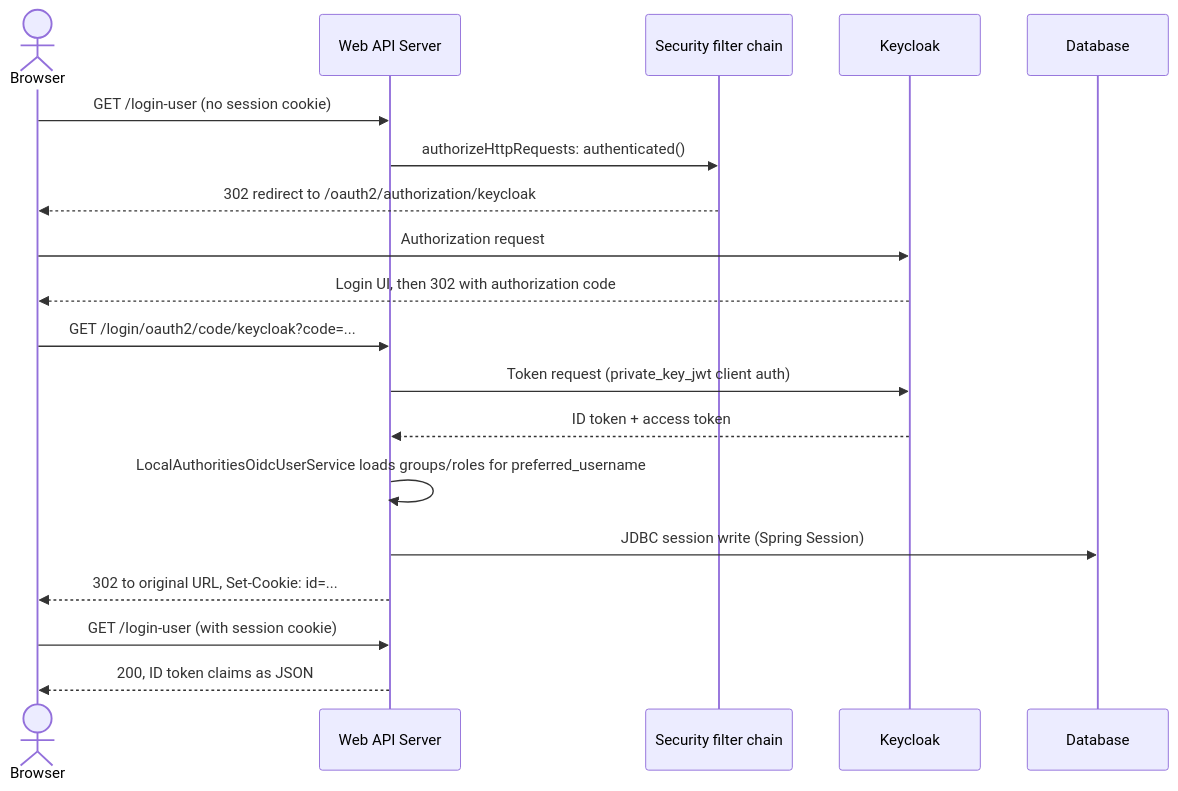
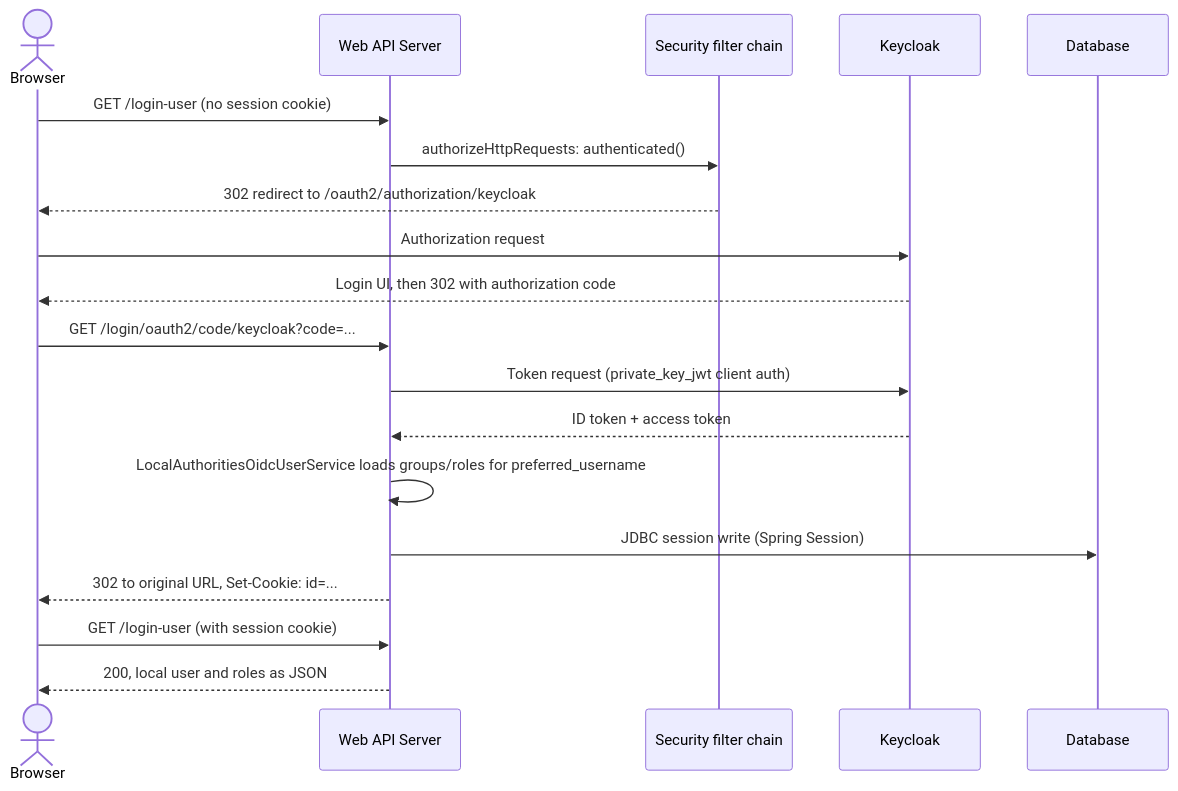
The first of 4 diagrams in docs/system-design/06-runtime-view.md (justin-tay/java-app-web-api-server-template), drawn with Mermaid before and after one commit. The commit also changed 4 other files, not shown here.

Commit message:
feat: base login-user on the local user, not OidcUser, so it works for passkey logins too

````diff
--- a/docs/system-design/06-runtime-view.md
+++ b/docs/system-design/06-runtime-view.md
@@ -10,22 +10,22 @@
 ```mermaid
 sequenceDiagram
     actor Browser
     participant App as Web API Server
     participant Sec as Security filter chain
     participant KC as Keycloak
     participant DB as Database
 
     Browser->>App: GET /login-user (no session cookie)
     App->>Sec: authorizeHttpRequests: authenticated()
     Sec-->>Browser: 302 redirect to /oauth2/authorization/keycloak
     Browser->>KC: Authorization request
     KC-->>Browser: Login UI, then 302 with authorization code
     Browser->>App: GET /login/oauth2/code/keycloak?code=...
     App->>KC: Token request (private_key_jwt client auth)
     KC-->>App: ID token + access token
     App->>App: LocalAuthoritiesOidcUserService loads groups/roles for preferred_username
     App->>DB: JDBC session write (Spring Session)
     App-->>Browser: 302 to original URL, Set-Cookie: id=...
     Browser->>App: GET /login-user (with session cookie)
-    App-->>Browser: 200, ID token claims as JSON
+    App-->>Browser: 200, local user and roles as JSON
 ```
````
